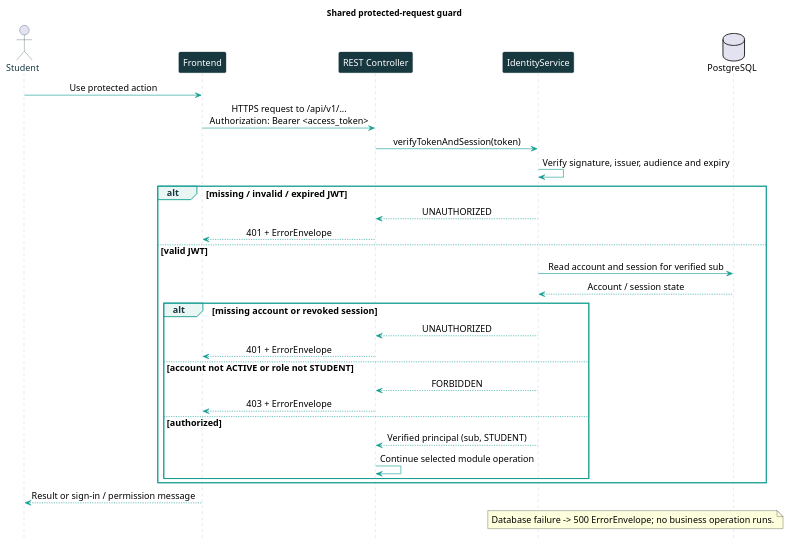
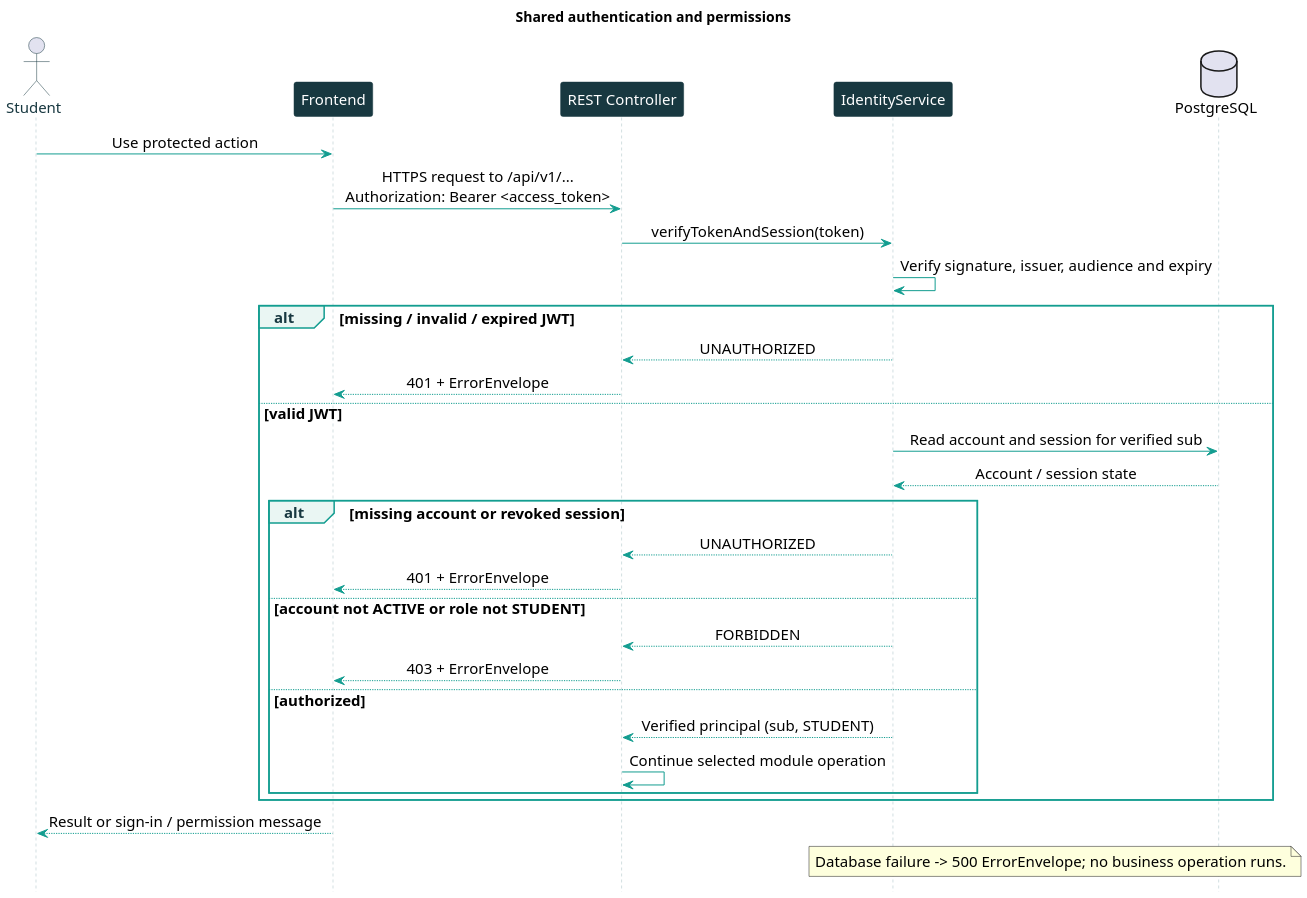
The diagram in docs/sequence-diagrams/sources/matching_00_authentication.puml (ErayGulerler/StudyMatch), drawn with PlantUML before and after one commit. The commit also changed 25 other files, not shown here.

```diff
--- a/docs/sequence-diagrams/sources/matching_00_authentication.puml
+++ b/docs/sequence-diagrams/sources/matching_00_authentication.puml
@@ -1,53 +1,54 @@
 @startuml
 hide footbox
 skinparam backgroundColor white
 skinparam defaultFontName Arial
 skinparam defaultFontSize 15
+skinparam dpi 160
 skinparam shadowing false
 skinparam sequenceMessageAlign center
 skinparam ParticipantPadding 15
 skinparam BoxPadding 8
 skinparam sequence {
  ArrowColor #139D90
  LifeLineBorderColor #A5BFC2
  ParticipantBackgroundColor #183840
  ParticipantBorderColor #183840
  ParticipantFontColor white
  ActorBorderColor #183840
  ActorFontColor #183840
  GroupBorderColor #139D90
  GroupBackgroundColor #EAF6F3
  GroupHeaderFontColor #183840
  NoteBackgroundColor #FFF1E7
  NoteBorderColor #F66B22
 }
 actor Student
 participant Frontend as FE
 participant "REST Controller" as API
 participant IdentityService as S
 database PostgreSQL as DB
-title Shared protected-request guard
+title Shared authentication and permissions
 Student -> FE: Use protected action
 FE -> API: HTTPS request to /api/v1/...\nAuthorization: Bearer <access_token>
 API -> S: verifyTokenAndSession(token)
 S -> S: Verify signature, issuer, audience and expiry
 alt missing / invalid / expired JWT
  S --> API: UNAUTHORIZED
  API --> FE: 401 + ErrorEnvelope
 else valid JWT
  S -> DB: Read account and session for verified sub
  DB --> S: Account / session state
  alt missing account or revoked session
   S --> API: UNAUTHORIZED
   API --> FE: 401 + ErrorEnvelope
  else account not ACTIVE or role not STUDENT
   S --> API: FORBIDDEN
   API --> FE: 403 + ErrorEnvelope
  else authorized
   S --> API: Verified principal (sub, STUDENT)
   API -> API: Continue selected module operation
  end
 end
 FE --> Student: Result or sign-in / permission message
 note over S,DB: Database failure -> 500 ErrorEnvelope; no business operation runs.
 @enduml
```
